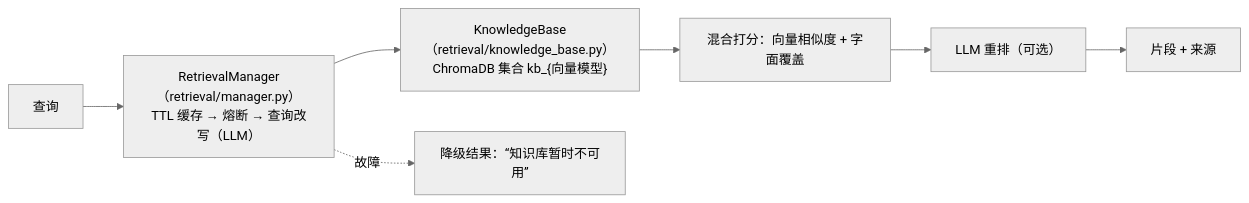
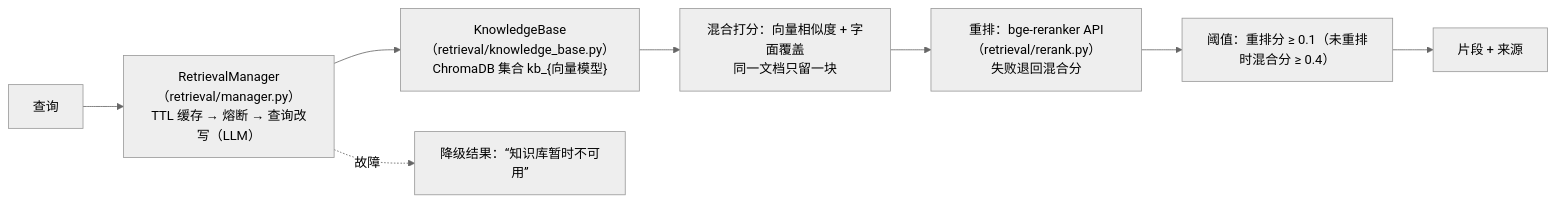
Before and after one commit to 44sunsetsf/GoEuroOps: diagram 13 of 16 in docs/ARCHITECTURE.md, drawn with Mermaid (neutral theme). The commit also changed other lines of this file and 17 other files, not shown here.

First line of the commit message:
知识库检索：重排换成 bge-reranker API 并用于预取，阈值按分数来源区分，追问补全，同一文档只留一块

````diff
--- a/docs/ARCHITECTURE.md
+++ b/docs/ARCHITECTURE.md
@@ -481,9 +481,10 @@
 ```mermaid
 flowchart LR
     q[查询] --> rm["RetrievalManager（retrieval/manager.py）<br/>TTL 缓存 → 熔断 → 查询改写（LLM）"]
     rm --> kb["KnowledgeBase（retrieval/knowledge_base.py）<br/>ChromaDB 集合 kb_{向量模型}"]
-    kb --> score["混合打分：向量相似度 + 字面覆盖"]
-    score --> rr["LLM 重排（可选）"]
-    rr --> out[片段 + 来源]
+    kb --> score["混合打分：向量相似度 + 字面覆盖<br/>同一文档只留一块"]
+    score --> rr["重排：bge-reranker API（retrieval/rerank.py）<br/>失败退回混合分"]
+    rr --> th["阈值：重排分 ≥ 0.1（未重排时混合分 ≥ 0.4）"]
+    th --> out[片段 + 来源]
     rm -.故障.-> fb[降级结果：“知识库暂时不可用”]
 ```
````
